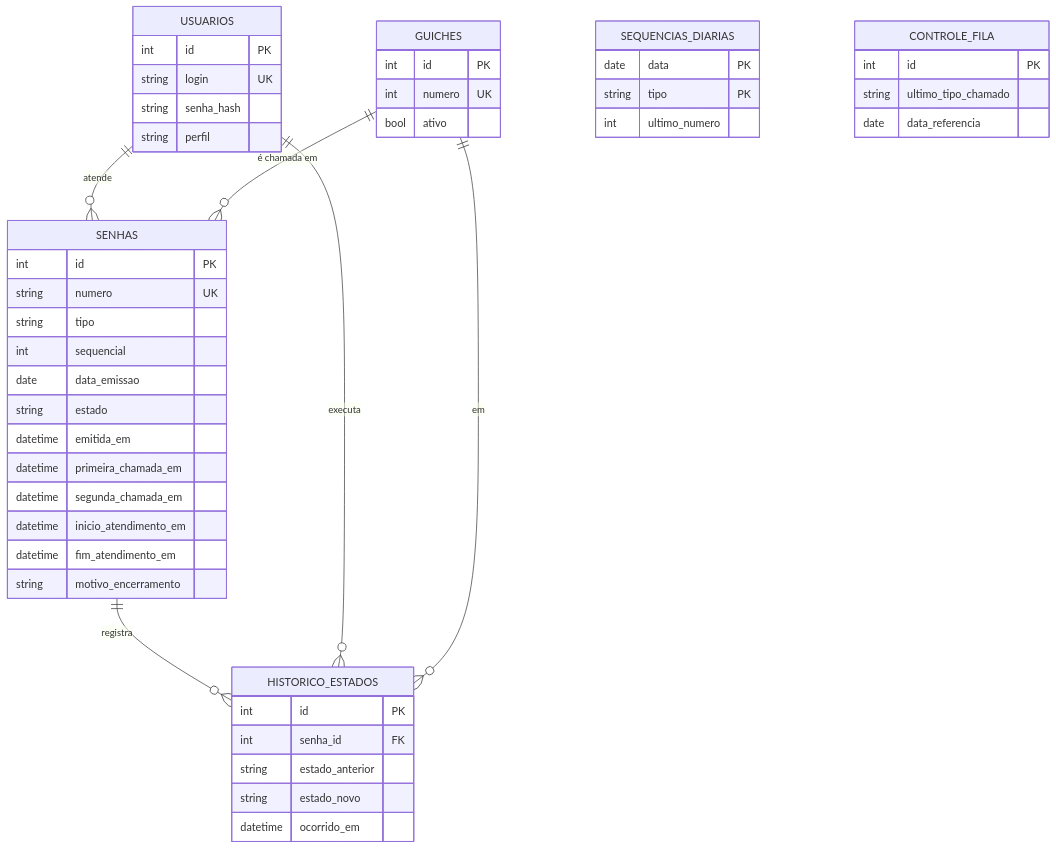
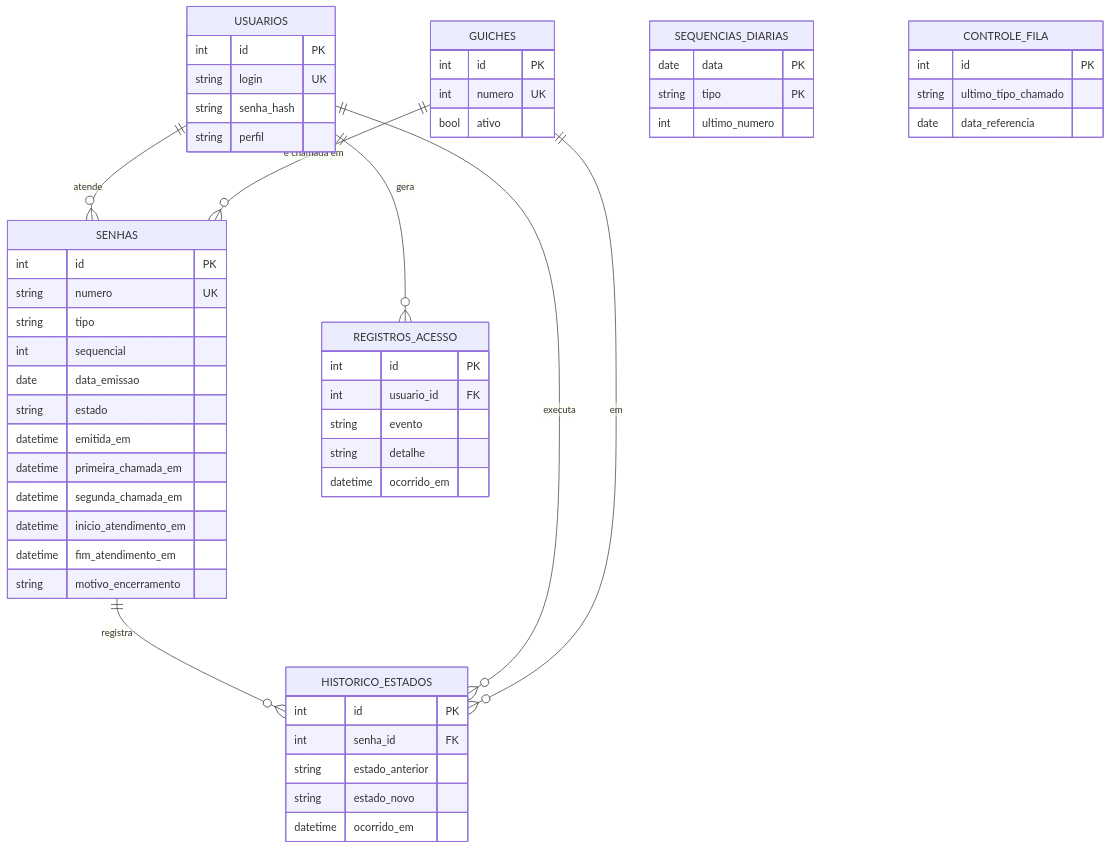
One commit to Dev-Juanvictor/controle-atendimento changed the third of 4 diagrams in README.md. Above: the diagram before and after it, drawn with Mermaid. The commit also changed other lines of this file and 40 other files, not shown here.

````diff
--- a/README.md
+++ b/README.md
@@ -183,50 +247,58 @@
 ```mermaid
 erDiagram
     USUARIOS ||--o{ SENHAS : atende
     GUICHES ||--o{ SENHAS : "é chamada em"
     SENHAS ||--o{ HISTORICO_ESTADOS : registra
     USUARIOS ||--o{ HISTORICO_ESTADOS : executa
     GUICHES ||--o{ HISTORICO_ESTADOS : em
+    USUARIOS ||--o{ REGISTROS_ACESSO : gera
     USUARIOS {
         int id PK
         string login UK
         string senha_hash
         string perfil
     }
     GUICHES {
         int id PK
         int numero UK
         bool ativo
     }
     SENHAS {
         int id PK
         string numero UK
         string tipo
         int sequencial
         date data_emissao
         string estado
         datetime emitida_em
         datetime primeira_chamada_em
         datetime segunda_chamada_em
         datetime inicio_atendimento_em
         datetime fim_atendimento_em
         string motivo_encerramento
     }
     HISTORICO_ESTADOS {
         int id PK
         int senha_id FK
         string estado_anterior
         string estado_novo
         datetime ocorrido_em
     }
     SEQUENCIAS_DIARIAS {
         date data PK
         string tipo PK
         int ultimo_numero
     }
     CONTROLE_FILA {
         int id PK
         string ultimo_tipo_chamado
         date data_referencia
     }
+    REGISTROS_ACESSO {
+        int id PK
+        int usuario_id FK
+        string evento
+        string detalhe
+        datetime ocorrido_em
+    }
 ```
````
